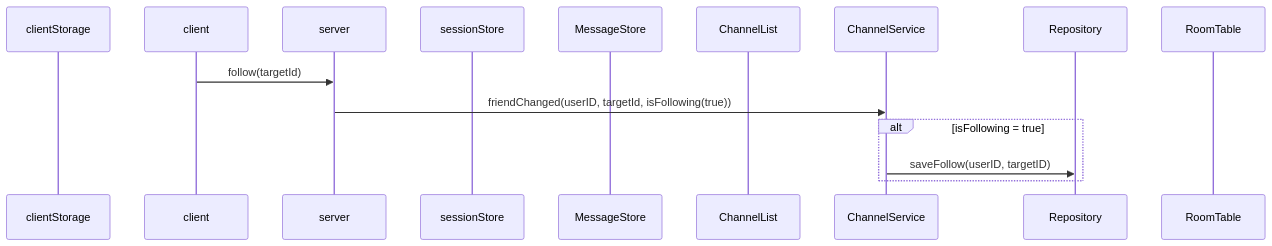
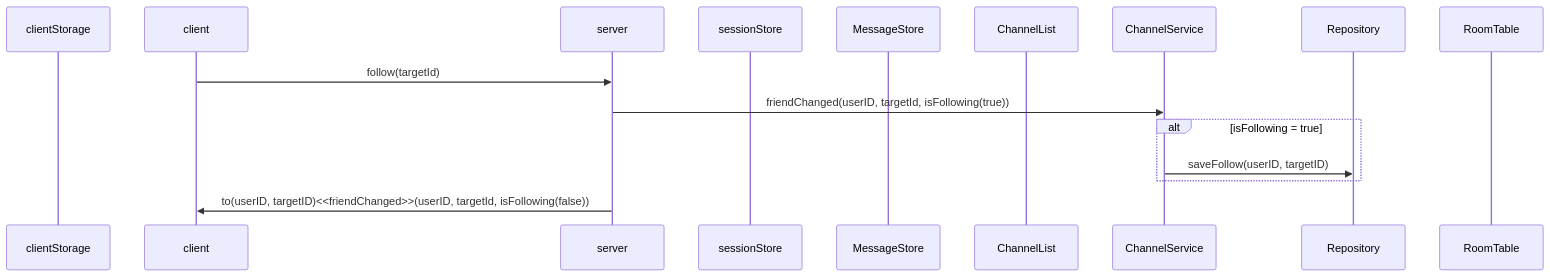
Before and after one commit to mtak0235/simmons_transcendence: the seventh of 19 diagrams in backend/node/app/event.md, drawn with Mermaid. The commit also changed other lines of this file and 2 other files, not shown here.

````diff
--- a/backend/node/app/event.md
+++ b/backend/node/app/event.md
@@ -167,18 +193,19 @@
 ```mermaid
 sequenceDiagram
 participant cls as clientStorage
 participant c as client
 participant ga as server
 participant ss as sessionStore
 participant ms as MessageStore
 participant cns as ChannelList
 participant cs as ChannelService
 participant r as Repository
 participant rt as RoomTable
 
 c->>ga: follow(targetId)
 ga->>cs: friendChanged(userID, targetId, isFollowing(true))
 alt isFollowing = true
 cs->>r: saveFollow(userID, targetID);
 end
+ga->>c: to(userID, targetID)<<friendChanged>>(userID, targetId, isFollowing(false))
 ```
````
